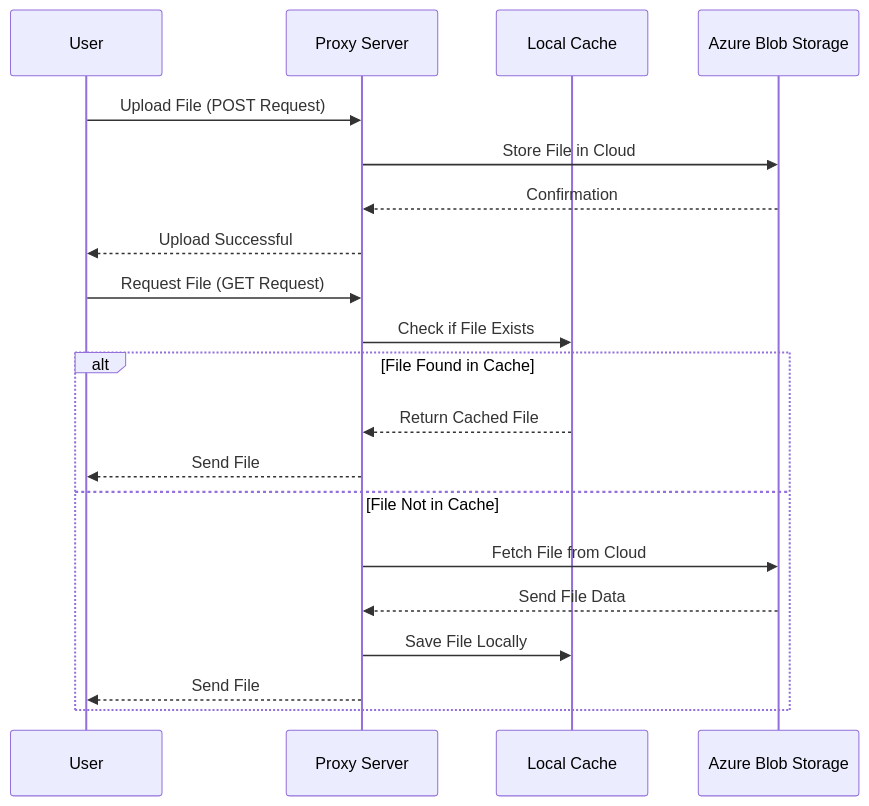
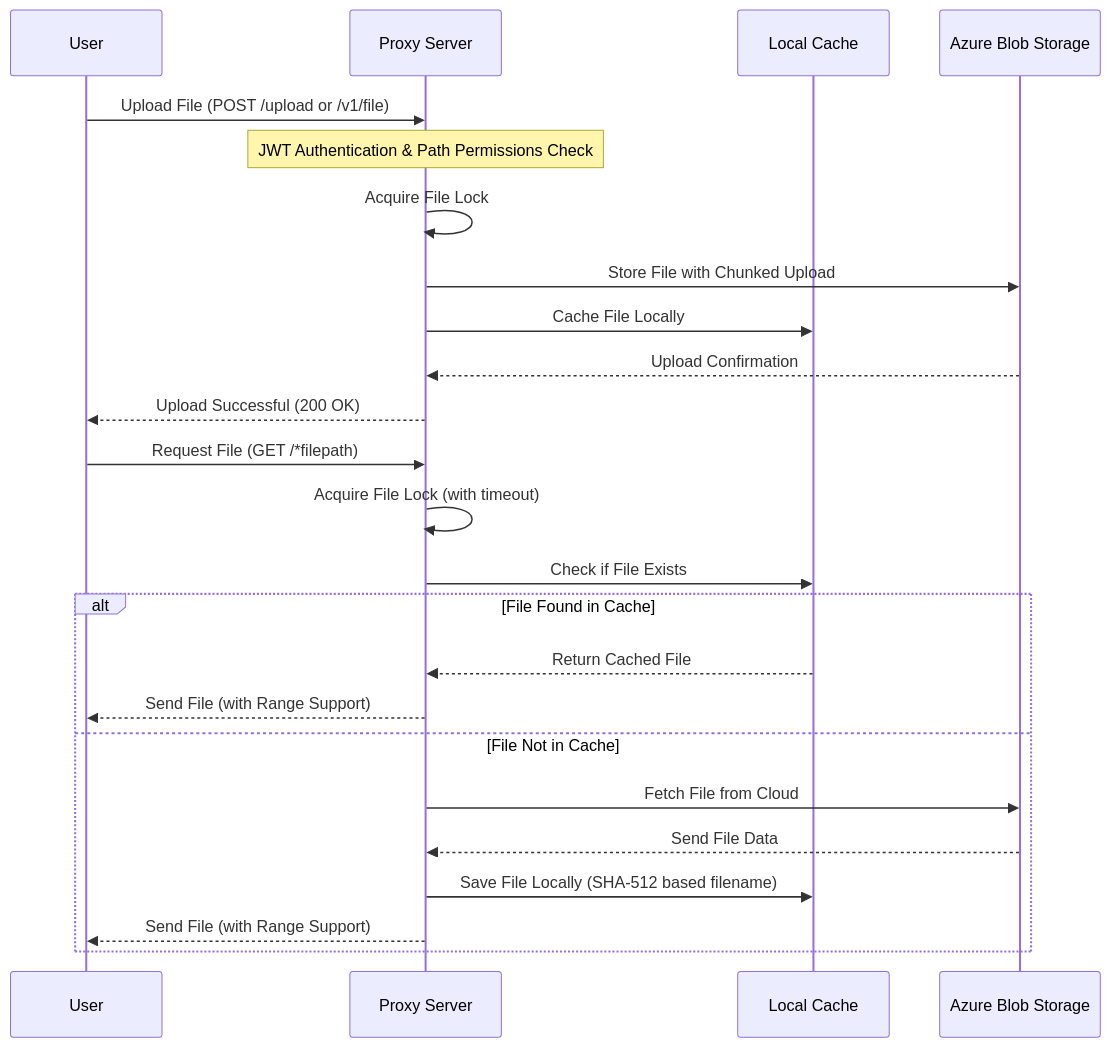
The diagram in docs/_index.md (kernelci/kernelci-storage), drawn with Mermaid before and after one commit. The commit also changed other lines of this file and 1 other file, not shown here.

````diff
--- a/docs/_index.md
+++ b/docs/_index.md
@@ -49,26 +103,30 @@
 ```mermaid
 sequenceDiagram
     participant User
     participant Proxy Server
     participant Local Cache
     participant Azure Blob Storage
 
     %% Upload Flow
-    User->>Proxy Server: Upload File (POST Request)
-    Proxy Server->>Azure Blob Storage: Store File in Cloud
-    Azure Blob Storage-->>Proxy Server: Confirmation
-    Proxy Server-->>User: Upload Successful
+    User->>Proxy Server: Upload File (POST /upload or /v1/file)
+    Note over Proxy Server: JWT Authentication & Path Permissions Check
+    Proxy Server->>Proxy Server: Acquire File Lock
+    Proxy Server->>Azure Blob Storage: Store File with Chunked Upload
+    Proxy Server->>Local Cache: Cache File Locally
+    Azure Blob Storage-->>Proxy Server: Upload Confirmation
+    Proxy Server-->>User: Upload Successful (200 OK)
 
     %% Download Flow
-    User->>Proxy Server: Request File (GET Request)
+    User->>Proxy Server: Request File (GET /*filepath)
+    Proxy Server->>Proxy Server: Acquire File Lock (with timeout)
     Proxy Server->>Local Cache: Check if File Exists
     alt File Found in Cache
         Local Cache-->>Proxy Server: Return Cached File
-        Proxy Server-->>User: Send File
+        Proxy Server-->>User: Send File (with Range Support)
     else File Not in Cache
         Proxy Server->>Azure Blob Storage: Fetch File from Cloud
         Azure Blob Storage-->>Proxy Server: Send File Data
-        Proxy Server->>Local Cache: Save File Locally
-        Proxy Server-->>User: Send File
+        Proxy Server->>Local Cache: Save File Locally (SHA-512 based filename)
+        Proxy Server-->>User: Send File (with Range Support)
     end
 ```
````
